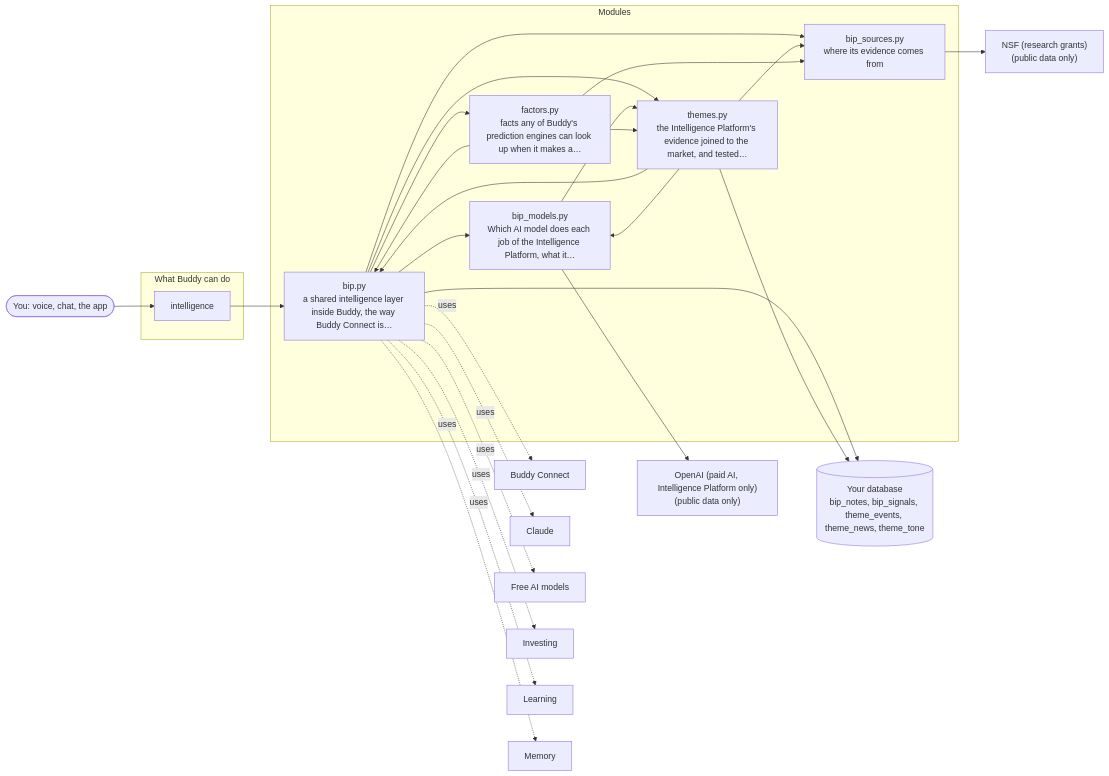
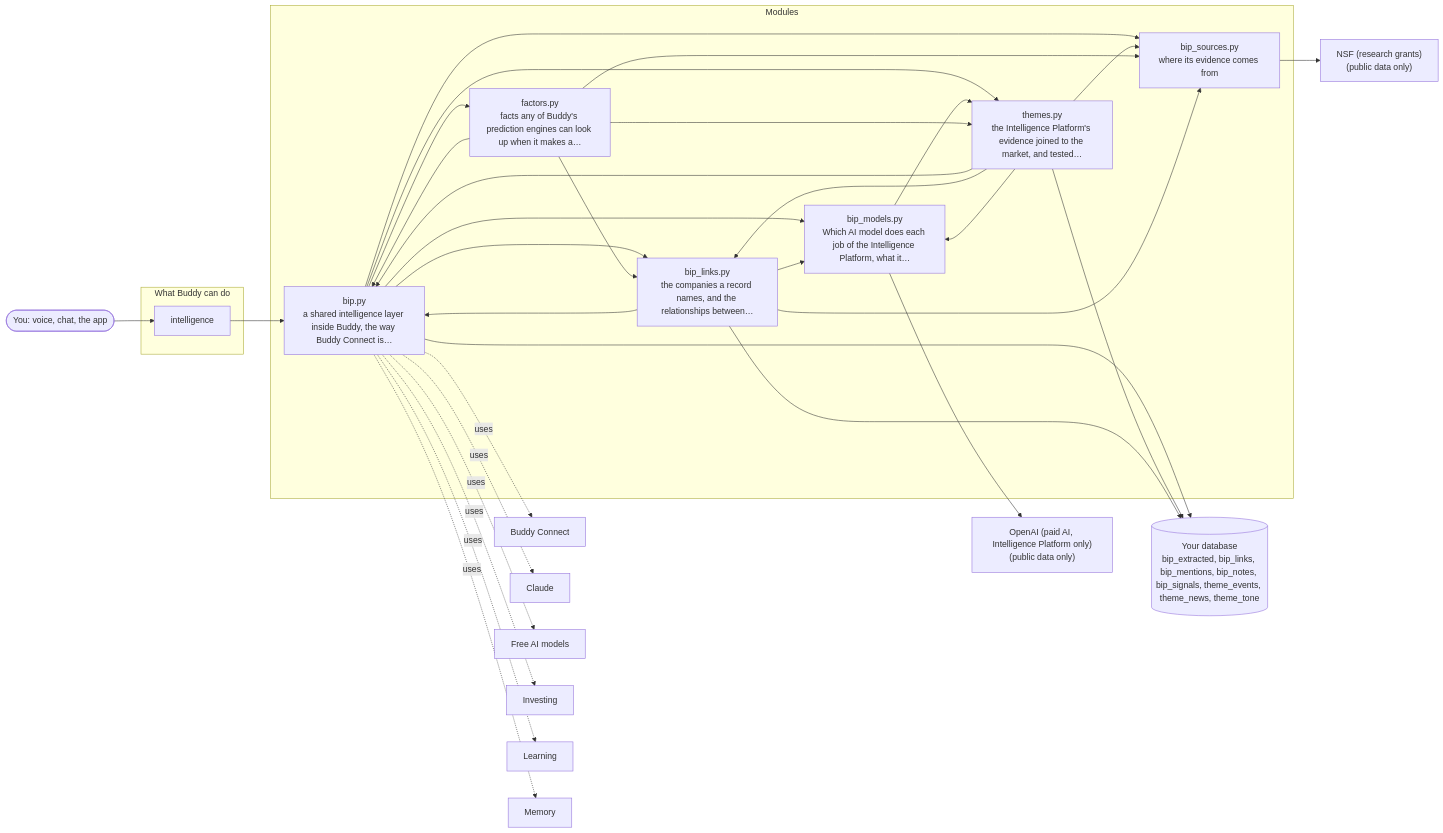
Before and after one commit to aneesh304810/BuddyAgent: the diagram in docs/architecture/20-buddy-intelligence-platform.md, drawn with Mermaid. The commit also changed other lines of this file and 19 other files, not shown here.

First line of the commit message:
Intelligence: companies named in headlines, and relationships between organisations

````diff
--- a/docs/architecture/20-buddy-intelligence-platform.md
+++ b/docs/architecture/20-buddy-intelligence-platform.md
@@ -7,46 +7,54 @@
 ```mermaid
 flowchart LR
     you(["You: voice, chat, the app"])
     subgraph Tools["What Buddy can do"]
         t_intelligence["intelligence"]
     end
     subgraph Modules["Modules"]
         bip_py["bip.py<br/>a shared intelligence layer inside Buddy, the way Buddy Connect is…"]
         bip_sources_py["bip_sources.py<br/>where its evidence comes from"]
         themes_py["themes.py<br/>the Intelligence Platform's evidence joined to the market, and tested…"]
         bip_models_py["bip_models.py<br/>Which AI model does each job of the Intelligence Platform, what it…"]
         factors_py["factors.py<br/>facts any of Buddy's prediction engines can look up when it makes a…"]
+        bip_links_py["bip_links.py<br/>the companies a record names, and the relationships between…"]
     end
     you --> t_intelligence
     t_intelligence --> bip_py
+    bip_py --> bip_links_py
     bip_py --> bip_models_py
     bip_py --> bip_sources_py
     bip_py --> factors_py
     bip_py --> themes_py
     themes_py --> bip_py
+    themes_py --> bip_links_py
     themes_py --> bip_models_py
     themes_py --> bip_sources_py
     bip_models_py --> themes_py
     factors_py --> bip_py
+    factors_py --> bip_links_py
     factors_py --> bip_sources_py
     factors_py --> themes_py
-    db[("Your database<br/>bip_notes, bip_signals, theme_events, theme_news, theme_tone")]
+    bip_links_py --> bip_py
+    bip_links_py --> bip_models_py
+    bip_links_py --> bip_sources_py
+    db[("Your database<br/>bip_extracted, bip_links, bip_mentions, bip_notes, bip_signals, theme_events, theme_news, theme_tone")]
     bip_py --> db
     themes_py --> db
+    bip_links_py --> db
     s_nsf["NSF (research grants)<br/>(public data only)"]
     bip_sources_py --> s_nsf
     s_openai["OpenAI (paid AI, Intelligence Platform only)<br/>(public data only)"]
     bip_models_py --> s_openai
     o_0["Buddy Connect"]
     bip_py -. uses .-> o_0
     o_1["Claude"]
     bip_py -. uses .-> o_1
     o_2["Free AI models"]
     bip_py -. uses .-> o_2
     o_3["Investing"]
     bip_py -. uses .-> o_3
     o_4["Learning"]
     bip_py -. uses .-> o_4
     o_5["Memory"]
     bip_py -. uses .-> o_5
 ```
````
